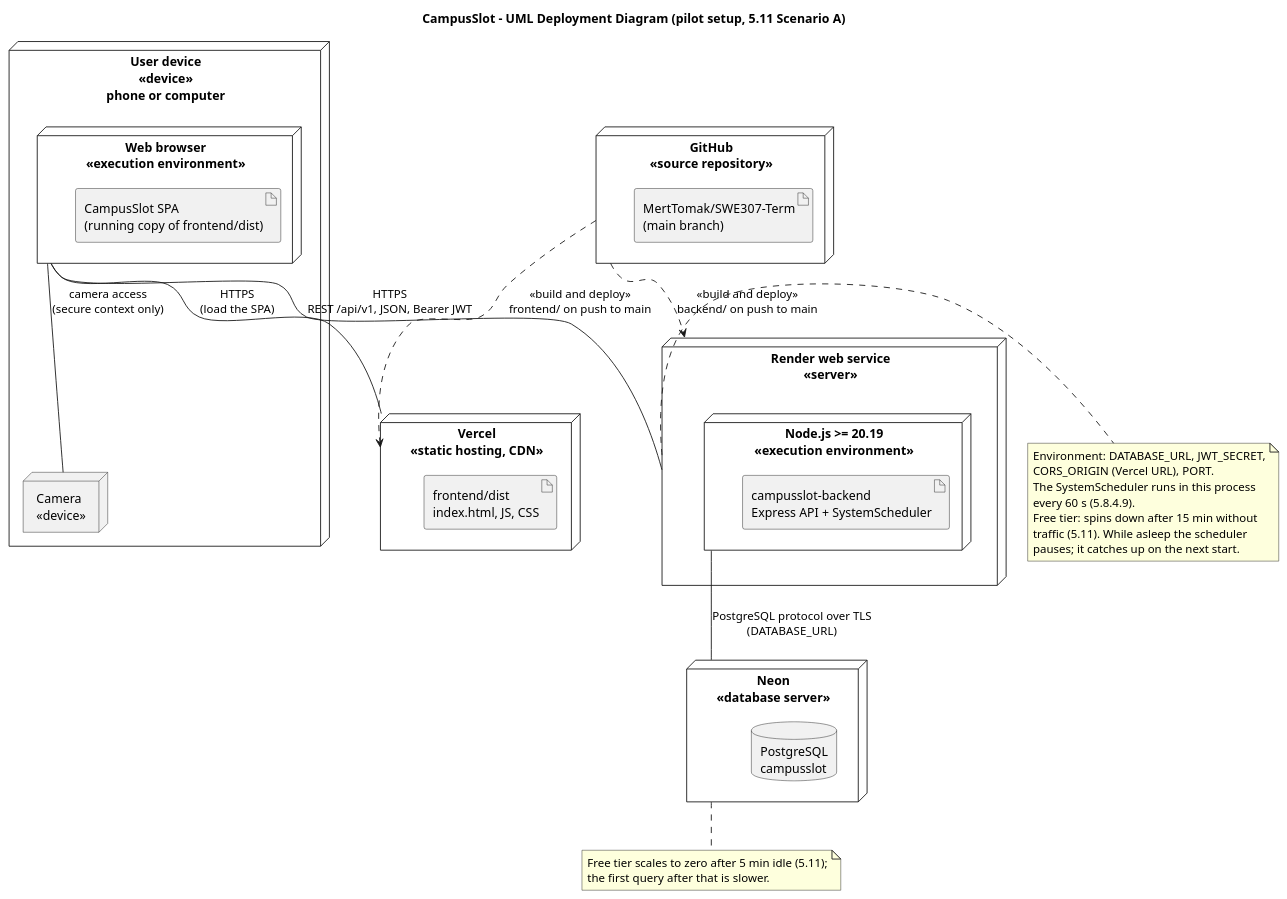
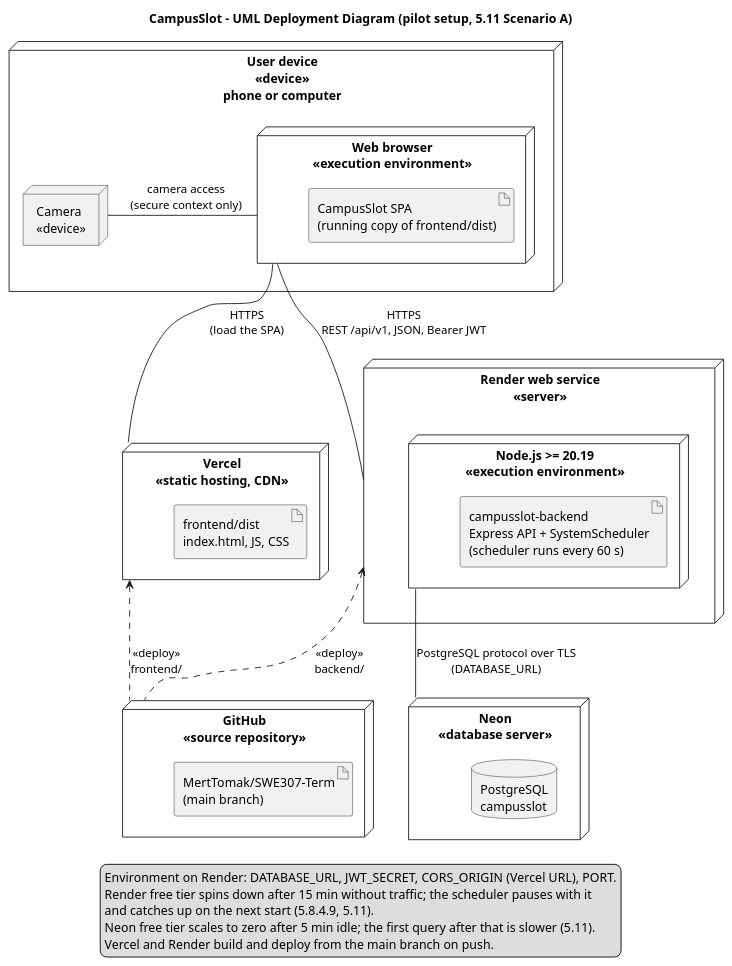
The diagram in docs/diagrams/5.7_deployment-diagram_Batuhan.puml (MertTomak/SWE307-Term), drawn with PlantUML before and after one commit. The commit also changed 5 other files, not shown here.

Commit message:
docs: render 5.7 and 5.8 diagrams to PNG, simplify component and deployment layout

```diff
--- a/docs/diagrams/5.7_deployment-diagram_Batuhan.puml
+++ b/docs/diagrams/5.7_deployment-diagram_Batuhan.puml
@@ -1,53 +1,49 @@
 @startuml 5.7_deployment-diagram_Batuhan
 ' 5.7 UML Deployment diagram - CampusSlot (pilot / demo setup = 5.11 Scenario A)
 ' Owner: Batuhan (System Architect). Text: docs/report/5.7_component-deployment_Batuhan.md
+' Render: java -jar plantuml.jar -Playout=smetana -tpng <this file>
 title CampusSlot - UML Deployment Diagram (pilot setup, 5.11 Scenario A)
 skinparam shadowing false
+skinparam nodesep 50
+skinparam ranksep 60
 
 node "User device\n<<device>>\nphone or computer" as Device {
   node "Web browser\n<<execution environment>>" as Browser {
     artifact "CampusSlot SPA\n(running copy of frontend/dist)" as SpaRun
   }
   node "Camera\n<<device>>" as Camera
 }
 
 node "Vercel\n<<static hosting, CDN>>" as Vercel {
   artifact "frontend/dist\nindex.html, JS, CSS" as Dist
 }
 
 node "Render web service\n<<server>>" as Render {
   node "Node.js >= 20.19\n<<execution environment>>" as NodeEnv {
-    artifact "campusslot-backend\nExpress API + SystemScheduler" as BackendArt
+    artifact "campusslot-backend\nExpress API + SystemScheduler\n(scheduler runs every 60 s)" as BackendArt
   }
 }
 
 node "Neon\n<<database server>>" as Neon {
   database "PostgreSQL\ncampusslot" as PG
 }
 
 node "GitHub\n<<source repository>>" as GitHub {
   artifact "MertTomak/SWE307-Term\n(main branch)" as Repo
 }
 
-Browser -- Vercel : HTTPS\n(load the SPA)
-Browser -- Render : HTTPS\nREST /api/v1, JSON, Bearer JWT
-Browser -- Camera : camera access\n(secure context only)
-NodeEnv -- Neon : PostgreSQL protocol over TLS\n(DATABASE_URL)
-GitHub ..> Vercel : <<build and deploy>>\nfrontend/ on push to main
-GitHub ..> Render : <<build and deploy>>\nbackend/ on push to main
+Browser -right- Camera : camera access\n(secure context only)
+Browser -down- Vercel : HTTPS\n(load the SPA)
+Browser -down- Render : HTTPS\nREST /api/v1, JSON, Bearer JWT
+NodeEnv -down- Neon : PostgreSQL protocol over TLS\n(DATABASE_URL)
+GitHub .up.> Vercel : <<deploy>>\nfrontend/
+GitHub .up.> Render : <<deploy>>\nbackend/
 
-note right of Render
-  Environment: DATABASE_URL, JWT_SECRET,
-  CORS_ORIGIN (Vercel URL), PORT.
-  The SystemScheduler runs in this process
-  every 60 s (5.8.4.9).
-  Free tier: spins down after 15 min without
-  traffic (5.11). While asleep the scheduler
-  pauses; it catches up on the next start.
-end note
-
-note bottom of Neon
-  Free tier scales to zero after 5 min idle (5.11);
-  the first query after that is slower.
-end note
+legend bottom
+  Environment on Render: DATABASE_URL, JWT_SECRET, CORS_ORIGIN (Vercel URL), PORT.
+  Render free tier spins down after 15 min without traffic; the scheduler pauses with it
+  and catches up on the next start (5.8.4.9, 5.11).
+  Neon free tier scales to zero after 5 min idle; the first query after that is slower (5.11).
+  Vercel and Render build and deploy from the main branch on push.
+endlegend
 @enduml
```
